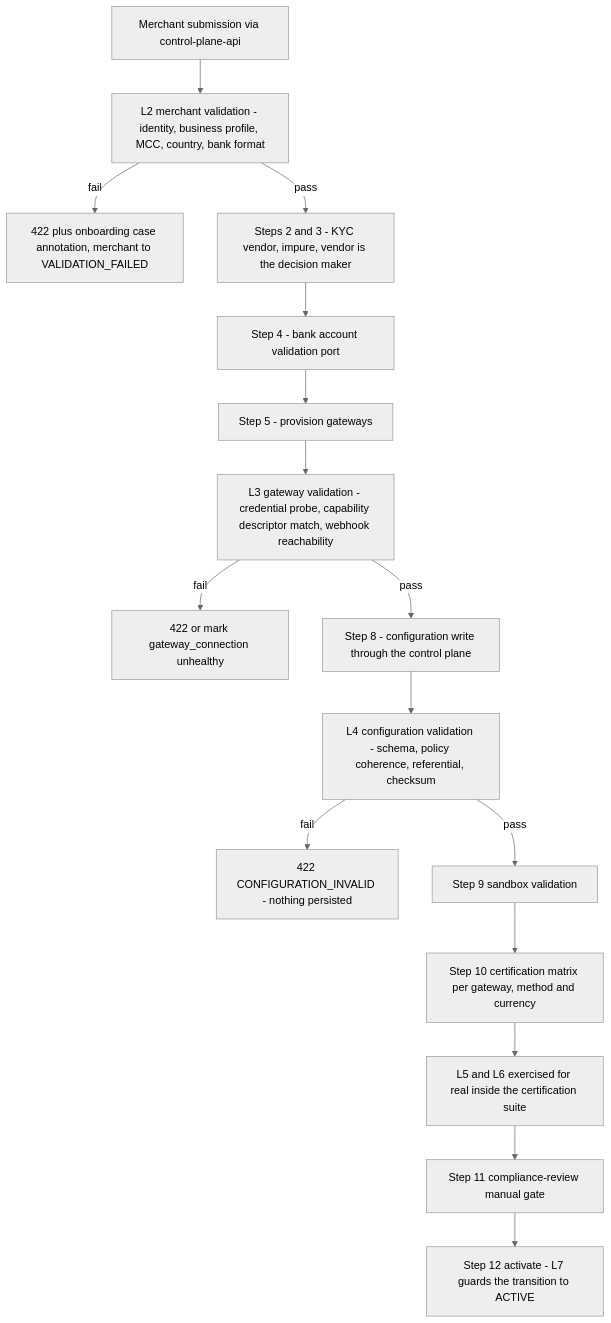
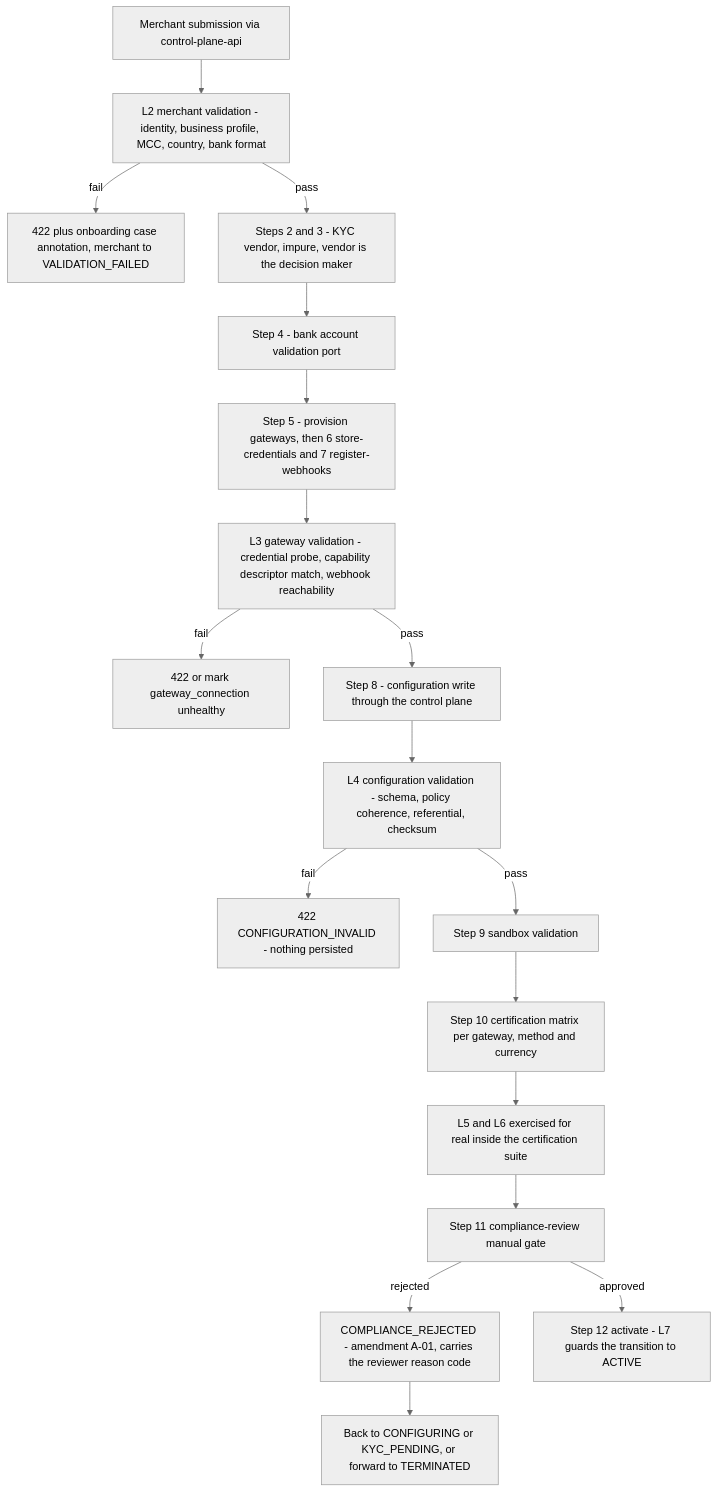
One commit to udaykishore-resu/payments-platform changed the second of 2 diagrams in docs/diagrams/05-validation-plane.md. Above: the diagram before and after it, drawn with Mermaid (neutral theme). The commit also changed other lines of this file and 67 other files, not shown here.

````diff
--- a/docs/diagrams/05-validation-plane.md
+++ b/docs/diagrams/05-validation-plane.md
@@ -51,27 +52,31 @@
 ```mermaid
 flowchart TB
   SUB["Merchant submission via control-plane-api"]
   L2["L2 merchant validation - identity, business profile, MCC, country, bank format"]
   L2F["422 plus onboarding case annotation, merchant to VALIDATION_FAILED"]
   KYC["Steps 2 and 3 - KYC vendor, impure, vendor is the decision maker"]
   BANKV["Step 4 - bank account validation port"]
-  PROV["Step 5 - provision gateways"]
+  PROV["Step 5 - provision gateways, then 6 store-credentials and 7 register-webhooks"]
   L3["L3 gateway validation - credential probe, capability descriptor match, webhook reachability"]
   L3F["422 or mark gateway_connection unhealthy"]
   CFGW["Step 8 - configuration write through the control plane"]
   L4["L4 configuration validation - schema, policy coherence, referential, checksum"]
   L4F["422 CONFIGURATION_INVALID - nothing persisted"]
   SBOX["Step 9 sandbox validation"]
   CERT["Step 10 certification matrix per gateway, method and currency"]
   L5S["L5 and L6 exercised for real inside the certification suite"]
   GATE["Step 11 compliance-review manual gate"]
+  REJ["COMPLIANCE_REJECTED - amendment A-01, carries the reviewer reason code"]
+  BACK["Back to CONFIGURING or KYC_PENDING, or forward to TERMINATED"]
   ACT["Step 12 activate - L7 guards the transition to ACTIVE"]
 
   SUB --> L2
   L2 -->|"fail"| L2F
   L2 -->|"pass"| KYC --> BANKV --> PROV --> L3
   L3 -->|"fail"| L3F
   L3 -->|"pass"| CFGW --> L4
   L4 -->|"fail"| L4F
-  L4 -->|"pass"| SBOX --> CERT --> L5S --> GATE --> ACT
+  L4 -->|"pass"| SBOX --> CERT --> L5S --> GATE
+  GATE -->|"approved"| ACT
+  GATE -->|"rejected"| REJ --> BACK
 ```
````
